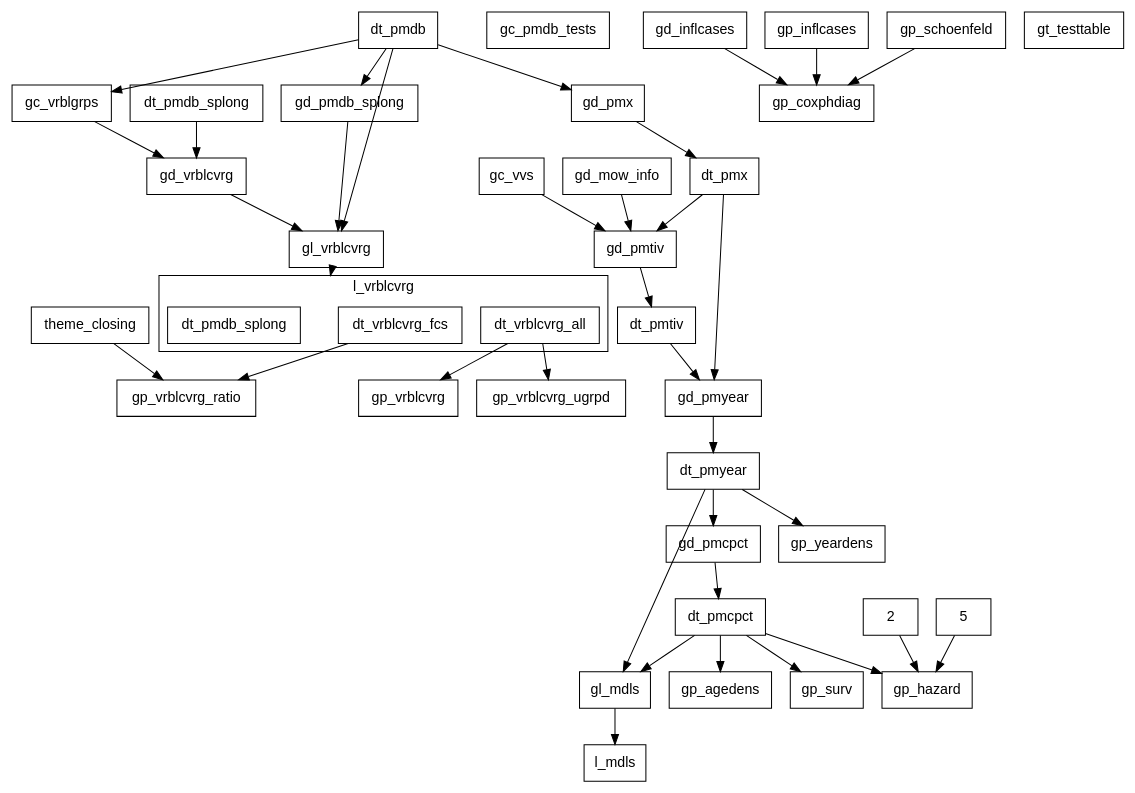
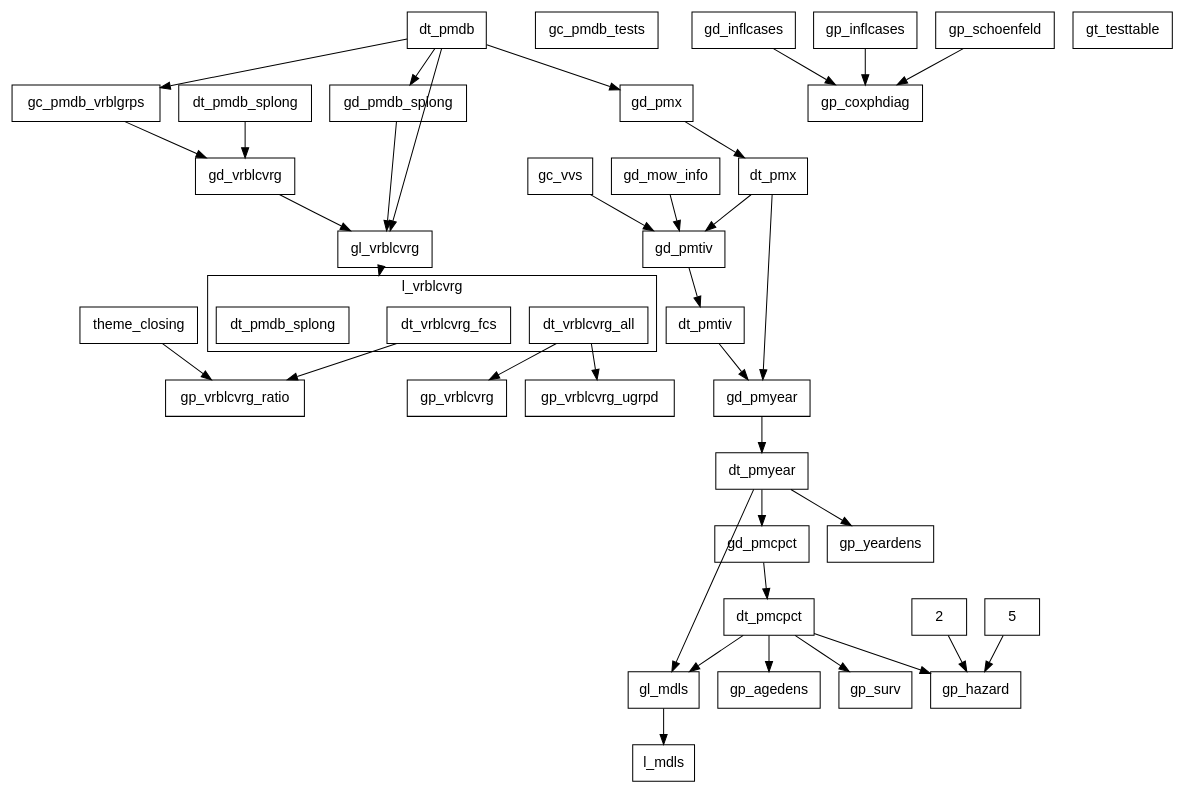
One commit to swhalemwo/pm_closing changed the diagram in misc/callgraph2.dot. Above: the diagram before and after it, drawn with Graphviz. The commit also changed 2 other files, not shown here.

Commit message:
rename gc_vrblgrps to gc_pmdb_vrblgrps: makes clear that vrblgrps are for PMDB, not regression overall

```diff
--- a/misc/callgraph2.dot
+++ b/misc/callgraph2.dot
@@ -1,82 +1,82 @@
 digraph D {
  compound = true;
  splines = false; fontname=helvetica;
  node [shape=box, fontsize = 14, fontname=helvetica];
  edge [style = solid];
  
  subgraph cluster_l_vrblcvrg {
  label = "l_vrblcvrg";
  l_vrblcvrg__dt_vrblcvrg_all [label=dt_vrblcvrg_all]; 
 l_vrblcvrg__dt_vrblcvrg_fcs [label=dt_vrblcvrg_fcs]; 
 l_vrblcvrg [label = "", color=transparent, width=0, height=0]; 
 l_vrblcvrg__dt_pmdb_splong [label=dt_pmdb_splong] 
 } 
  gc_pmdb_tests; 
-gc_vrblgrps; 
+gc_pmdb_vrblgrps; 
 gc_vvs; 
 gd_inflcases; 
 gd_mow_info; 
 gd_pmcpct; 
 gd_pmdb_splong; 
 gd_pmtiv; 
 gd_pmx; 
 gd_pmyear; 
 gd_vrblcvrg; 
 gl_mdls; 
 gl_vrblcvrg; 
 gp_agedens; 
 gp_coxphdiag; 
 gp_hazard; 
 gp_inflcases; 
 gp_schoenfeld; 
 gp_surv; 
 gp_vrblcvrg; 
 gp_vrblcvrg_ratio; 
 gp_vrblcvrg_ugrpd; 
 gp_yeardens; 
 gt_testtable; 
 theme_closing; 
 dt_pmdb; 
 dt_pmdb_splong; 
 dt_pmx; 
 dt_pmtiv; 
 dt_pmyear; 
 dt_pmcpct; 
 2; 
 5; 
 l_mdls 
  2 -> gp_hazard; 
 5 -> gp_hazard; 
 dt_pmcpct -> gl_mdls; 
 dt_pmcpct -> gp_agedens; 
 dt_pmcpct -> gp_hazard; 
 dt_pmcpct -> gp_surv; 
-dt_pmdb -> gc_vrblgrps; 
+dt_pmdb -> gc_pmdb_vrblgrps; 
 dt_pmdb -> gd_pmdb_splong; 
 dt_pmdb -> gd_pmx; 
 dt_pmdb -> gl_vrblcvrg; 
 dt_pmdb_splong -> gd_vrblcvrg; 
 dt_pmtiv -> gd_pmyear; 
 dt_pmx -> gd_pmtiv; 
 dt_pmx -> gd_pmyear; 
 dt_pmyear -> gd_pmcpct; 
 dt_pmyear -> gl_mdls; 
 dt_pmyear -> gp_yeardens; 
-gc_vrblgrps -> gd_vrblcvrg; 
+gc_pmdb_vrblgrps -> gd_vrblcvrg; 
 gc_vvs -> gd_pmtiv; 
 gd_inflcases -> gp_coxphdiag; 
 gd_mow_info -> gd_pmtiv; 
 gd_pmcpct -> dt_pmcpct; 
 gd_pmdb_splong -> gl_vrblcvrg; 
 gd_pmtiv -> dt_pmtiv; 
 gd_pmx -> dt_pmx; 
 gd_pmyear -> dt_pmyear; 
 gd_vrblcvrg -> gl_vrblcvrg; 
 gl_mdls -> l_mdls; 
 gl_vrblcvrg -> l_vrblcvrg[lhead=cluster_l_vrblcvrg,ltail=gl_vrblcvrg]; 
 gp_inflcases -> gp_coxphdiag; 
 gp_schoenfeld -> gp_coxphdiag; 
 l_vrblcvrg__dt_vrblcvrg_all -> gp_vrblcvrg; 
 l_vrblcvrg__dt_vrblcvrg_all -> gp_vrblcvrg_ugrpd; 
 l_vrblcvrg__dt_vrblcvrg_fcs -> gp_vrblcvrg_ratio; 
 theme_closing -> gp_vrblcvrg_ratio }
```
